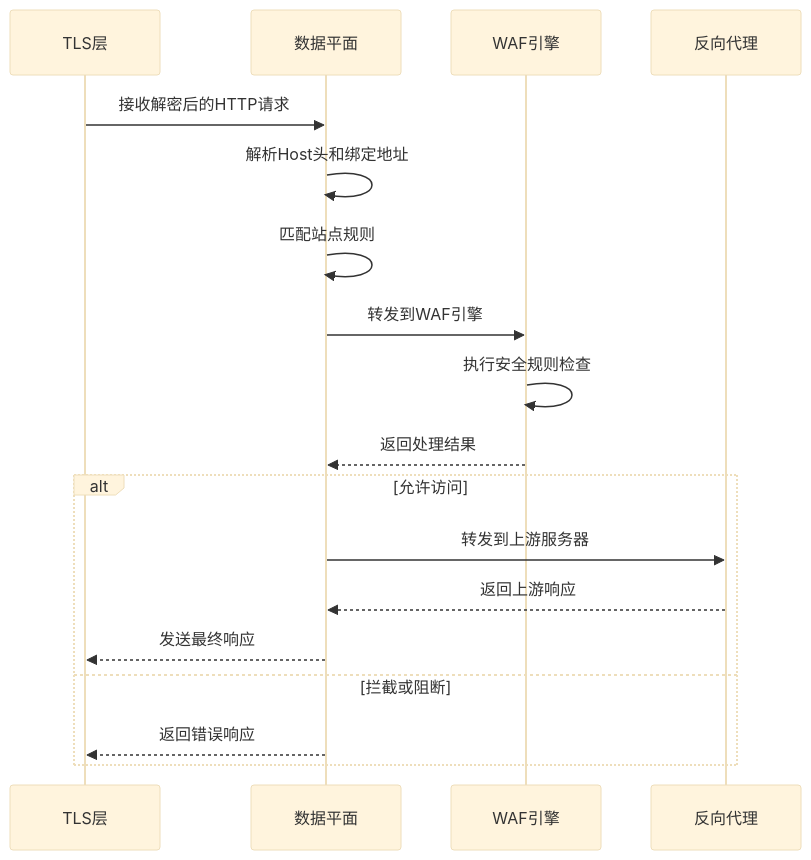
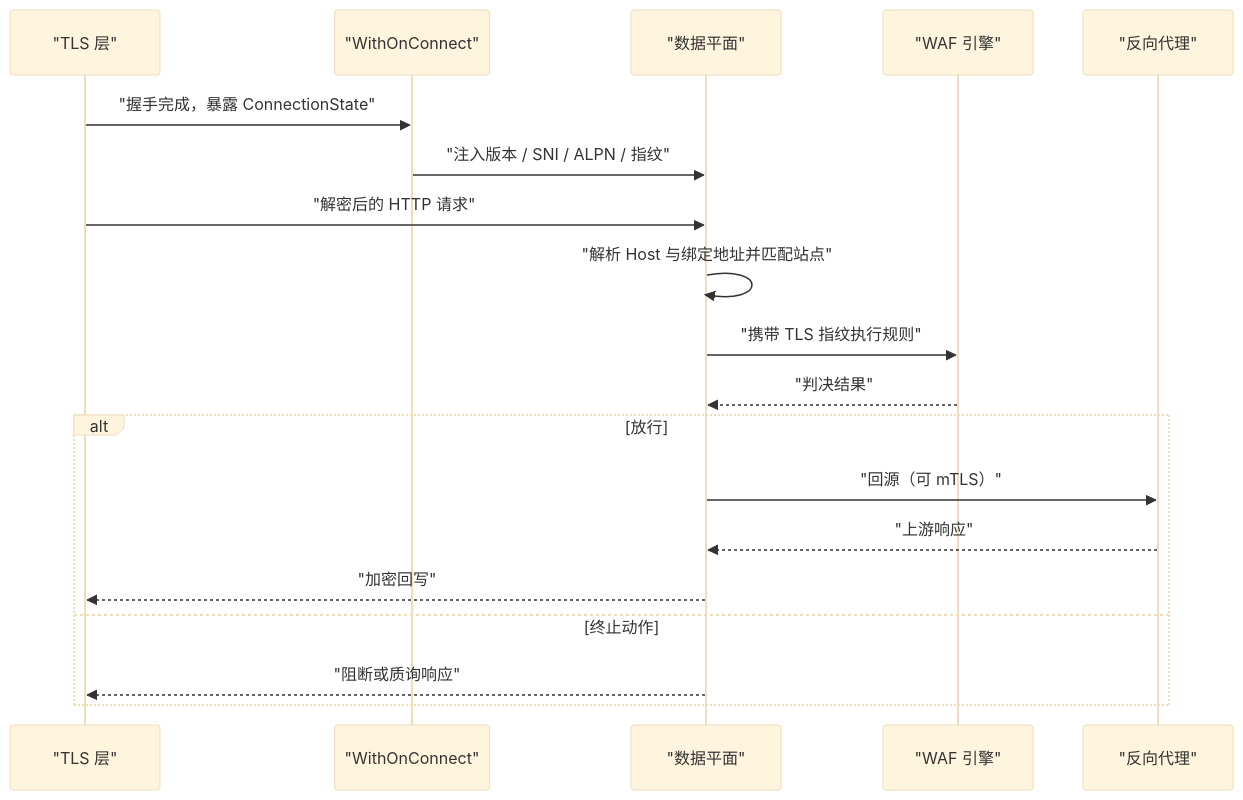
One commit to x01n/My-OpenWaf changed the seventh of 9 diagrams in docs/数据平面处理/TLS 终止与证书管理.md. Above: the diagram before and after it, drawn with Mermaid (base theme). The commit also changed other lines of this file and 622 other files, not shown here.

````diff
--- a/docs/数据平面处理/TLS 终止与证书管理.md
+++ b/docs/数据平面处理/TLS 终止与证书管理.md
@@ -205,20 +420,21 @@
 ```mermaid
 sequenceDiagram
-participant TLS as TLS层
-participant DP as 数据平面
-participant WAF as WAF引擎
-participant Proxy as 反向代理
-TLS->>DP : 接收解密后的HTTP请求
-DP->>DP : 解析Host头和绑定地址
-DP->>DP : 匹配站点规则
-DP->>WAF : 转发到WAF引擎
-WAF->>WAF : 执行安全规则检查
-WAF-->>DP : 返回处理结果
-alt 允许访问
-DP->>Proxy : 转发到上游服务器
-Proxy-->>DP : 返回上游响应
-DP-->>TLS : 发送最终响应
-else 拦截或阻断
-DP-->>TLS : 返回错误响应
+participant TLS as "TLS 层"
+participant OC as "WithOnConnect"
+participant DP as "数据平面"
+participant Eng as "WAF 引擎"
+participant PX as "反向代理"
+TLS->>OC : "握手完成，暴露 ConnectionState"
+OC->>DP : "注入版本 / SNI / ALPN / 指纹"
+TLS->>DP : "解密后的 HTTP 请求"
+DP->>DP : "解析 Host 与绑定地址并匹配站点"
+DP->>Eng : "携带 TLS 指纹执行规则"
+Eng-->>DP : "判决结果"
+alt 放行
+DP->>PX : "回源（可 mTLS）"
+PX-->>DP : "上游响应"
+DP-->>TLS : "加密回写"
+else 终止动作
+DP-->>TLS : "阻断或质询响应"
 end
 ```
````
